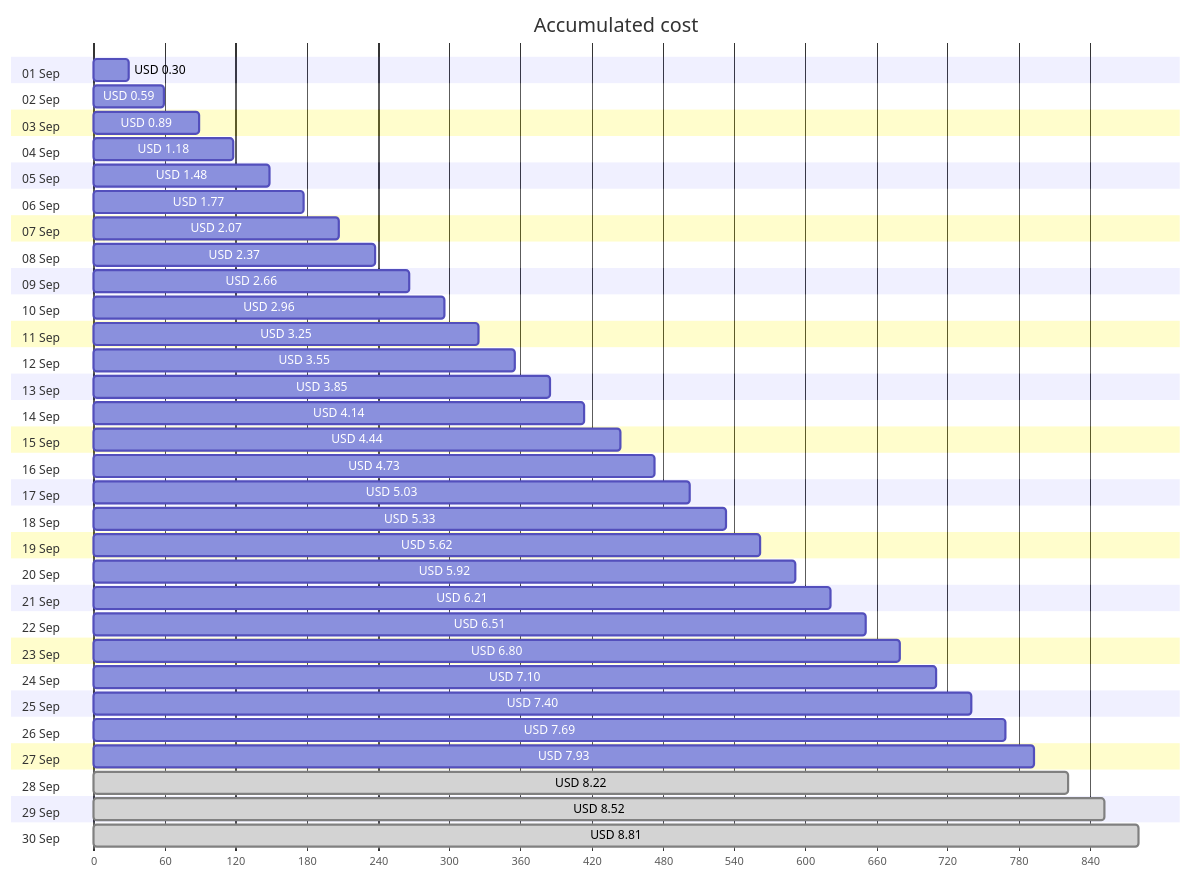
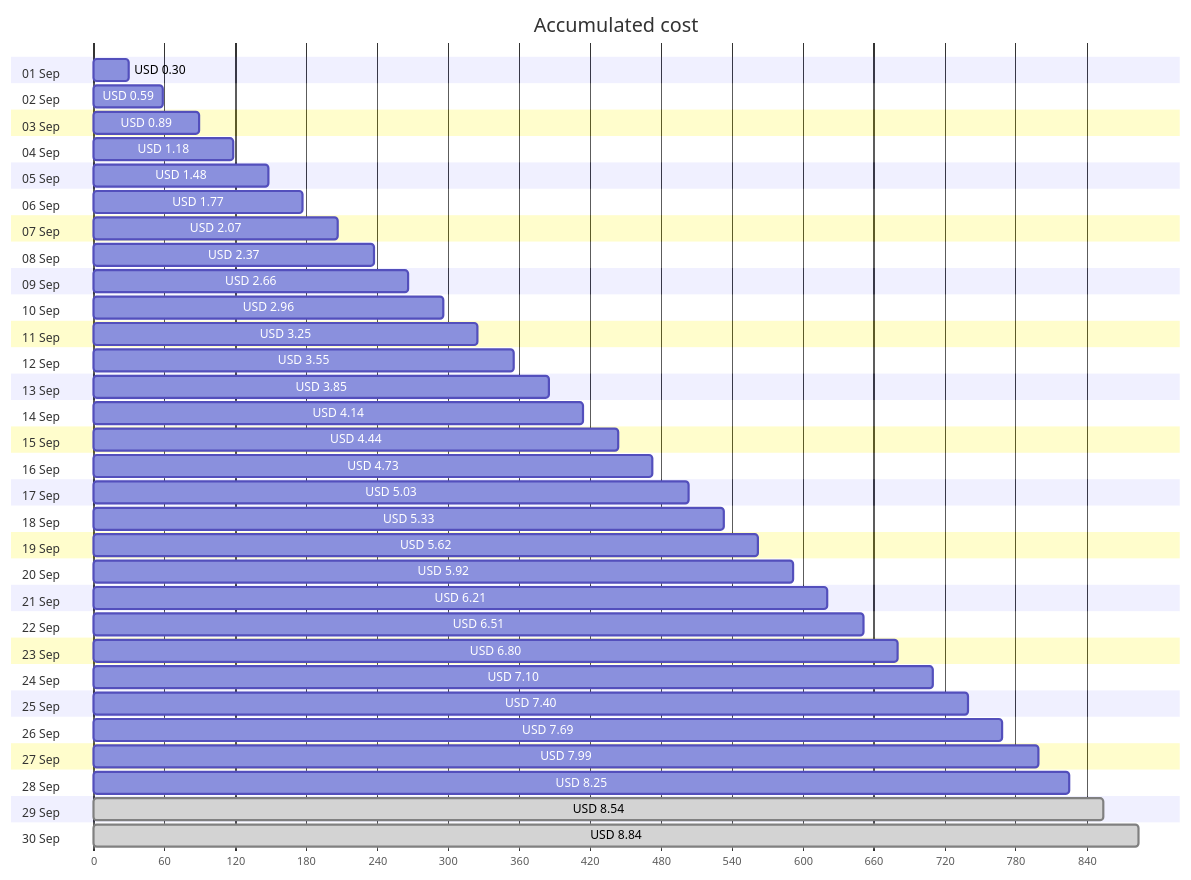
Before and after one commit to jpfulton/azure-personal-reports: the first of 4 diagrams in cost-reports/personal-site/personal-site-preview.md, drawn with Mermaid. The commit also changed other lines of this file and 7 other files, not shown here.

````diff
--- a/cost-reports/personal-site/personal-site-preview.md
+++ b/cost-reports/personal-site/personal-site-preview.md
@@ -20,66 +20,66 @@
 ```mermaid
 gantt
    title Accumulated cost
    dateFormat  X
    axisFormat %s
    section 01 Sep
    USD 0.30 :0, 30
    section 02 Sep
    USD 0.59 :0, 59
    section 03 Sep
    USD 0.89 :0, 89
    section 04 Sep
    USD 1.18 :0, 118
    section 05 Sep
    USD 1.48 :0, 148
    section 06 Sep
    USD 1.77 :0, 177
    section 07 Sep
    USD 2.07 :0, 207
    section 08 Sep
    USD 2.37 :0, 237
    section 09 Sep
    USD 2.66 :0, 266
    section 10 Sep
    USD 2.96 :0, 296
    section 11 Sep
    USD 3.25 :0, 325
    section 12 Sep
    USD 3.55 :0, 355
    section 13 Sep
    USD 3.85 :0, 385
    section 14 Sep
    USD 4.14 :0, 414
    section 15 Sep
    USD 4.44 :0, 444
    section 16 Sep
    USD 4.73 :0, 473
    section 17 Sep
    USD 5.03 :0, 503
    section 18 Sep
    USD 5.33 :0, 533
    section 19 Sep
    USD 5.62 :0, 562
    section 20 Sep
    USD 5.92 :0, 592
    section 21 Sep
    USD 6.21 :0, 621
    section 22 Sep
    USD 6.51 :0, 651
    section 23 Sep
    USD 6.80 :0, 680
    section 24 Sep
    USD 7.10 :0, 710
    section 25 Sep
    USD 7.40 :0, 740
    section 26 Sep
    USD 7.69 :0, 769
    section 27 Sep
-   USD 7.93 :0, 793
+   USD 7.99 :0, 799
    section 28 Sep
-   USD 8.22 : done, 0, 822
+   USD 8.25 :0, 825
    section 29 Sep
-   USD 8.52 : done, 0, 852
+   USD 8.54 : done, 0, 854
    section 30 Sep
-   USD 8.81 : done, 0, 881
+   USD 8.84 : done, 0, 884
 ```
````
